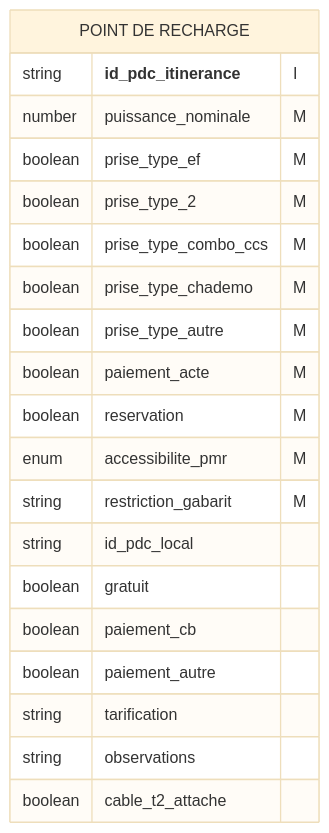
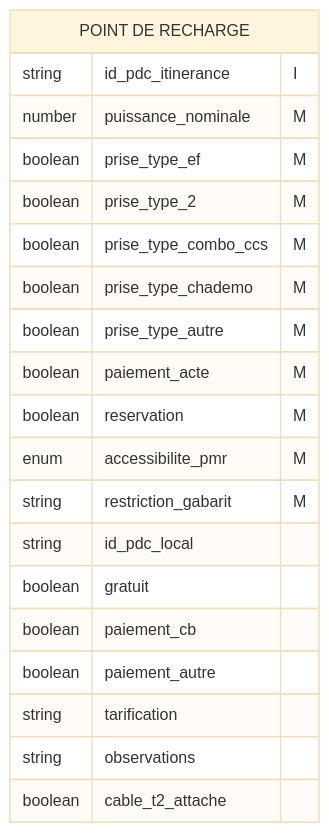
Before and after one commit to MTES-MCT/qualicharge: diagram 13 of 16 in docs/modele.md, drawn with Mermaid (base theme). The commit also changed other lines of this file, not shown here.

Commit message:
remove MD into mermais diagram

````diff
--- a/docs/modele.md
+++ b/docs/modele.md
@@ -280,23 +280,23 @@
 ```mermaid
 erDiagram
 "POINT DE RECHARGE" {
-    string **id_pdc_itinerance** "I"
+    string id_pdc_itinerance "I"
     number puissance_nominale "M"
     boolean prise_type_ef "M"
     boolean prise_type_2 "M" 
     boolean prise_type_combo_ccs "M"
     boolean prise_type_chademo "M"
     boolean prise_type_autre "M"
     boolean paiement_acte "M"
     boolean reservation "M"
     enum    accessibilite_pmr "M"
     string  restriction_gabarit "M"
     string  id_pdc_local
     boolean gratuit
     boolean paiement_cb
     boolean paiement_autre
     string  tarification
     string  observations
     boolean cable_t2_attache
   }
 ```
````
